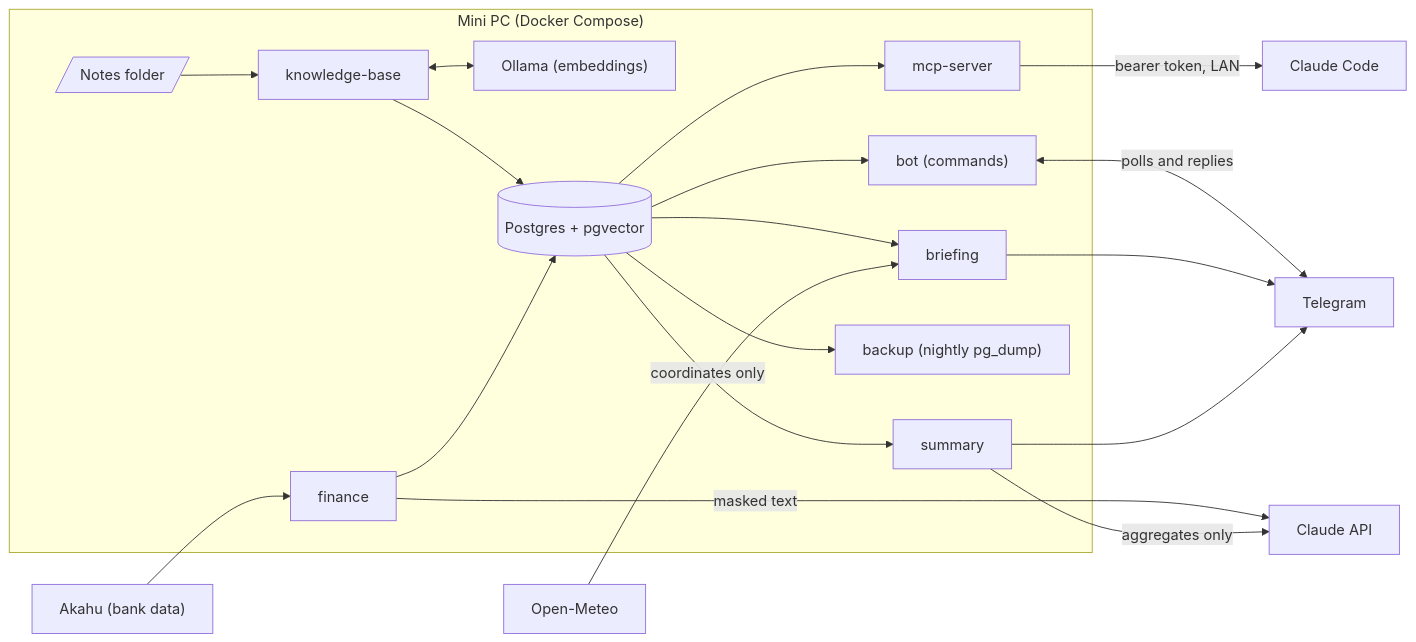
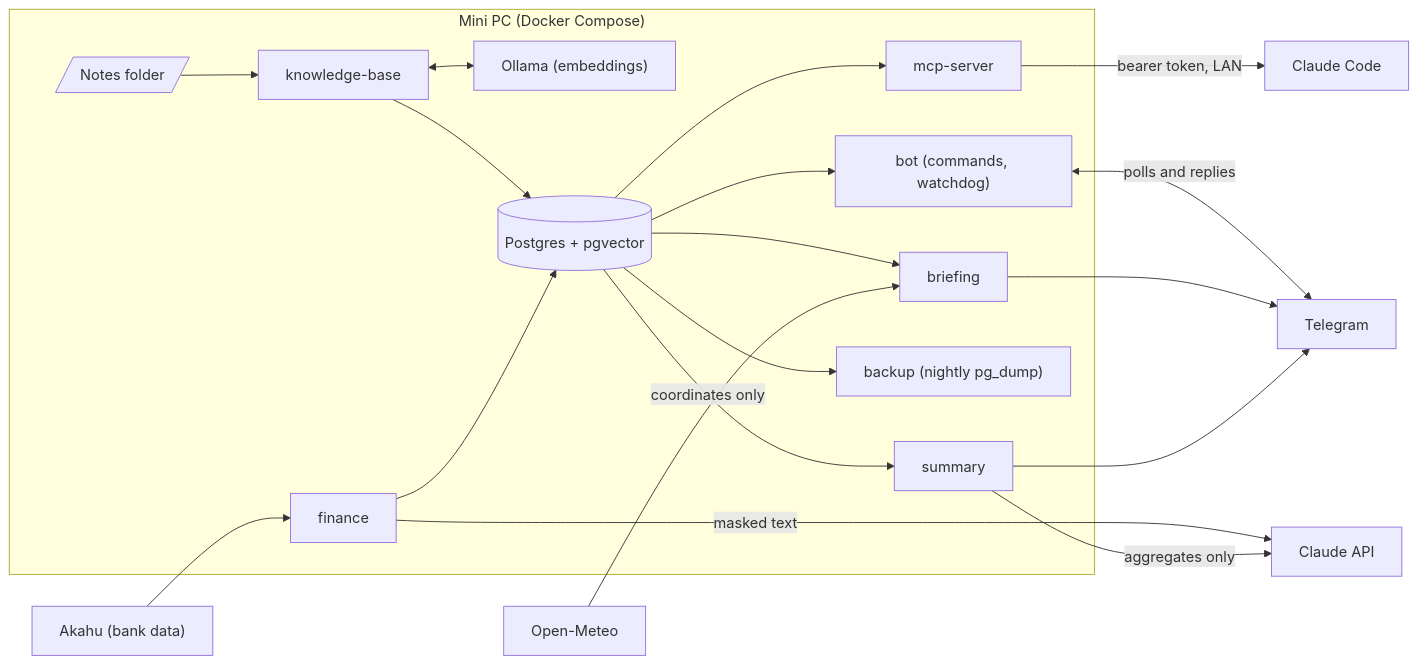
One commit to charles-goodsir/personal-ops-platform changed the diagram in README.md. Above: the diagram before and after it, drawn with Mermaid. The commit also changed other lines of this file and 2 other files, not shown here.

Commit message:
Document the heartbeats and watchdog: ADR 8, README, IDEAS

````diff
--- a/README.md
+++ b/README.md
@@ -15,32 +15,32 @@
 ```mermaid
 flowchart LR
   subgraph home["Mini PC (Docker Compose)"]
     kb["knowledge-base"]
     ollama["Ollama (embeddings)"]
     fin["finance"]
     db[("Postgres + pgvector")]
     mcp["mcp-server"]
     brief["briefing"]
     sum["summary"]
     backup["backup (nightly pg_dump)"]
-    bot["bot (commands)"]
+    bot["bot (commands, watchdog)"]
     notes[/"Notes folder"/]
   end
   akahu["Akahu (bank data)"] --> fin
   notes --> kb
   kb <--> ollama
   kb --> db
   fin --> db
   fin -- "masked text" --> api["Claude API"]
   db --> mcp
   db --> brief
   db --> sum
   db --> backup
   sum -- "aggregates only" --> api
   weather["Open-Meteo"] -- "coordinates only" --> brief
   mcp -- "bearer token, LAN" --> claude["Claude Code"]
   db --> bot
   bot <-- "polls and replies" --> tg["Telegram"]
   brief --> tg
   sum --> tg
 ```
````
